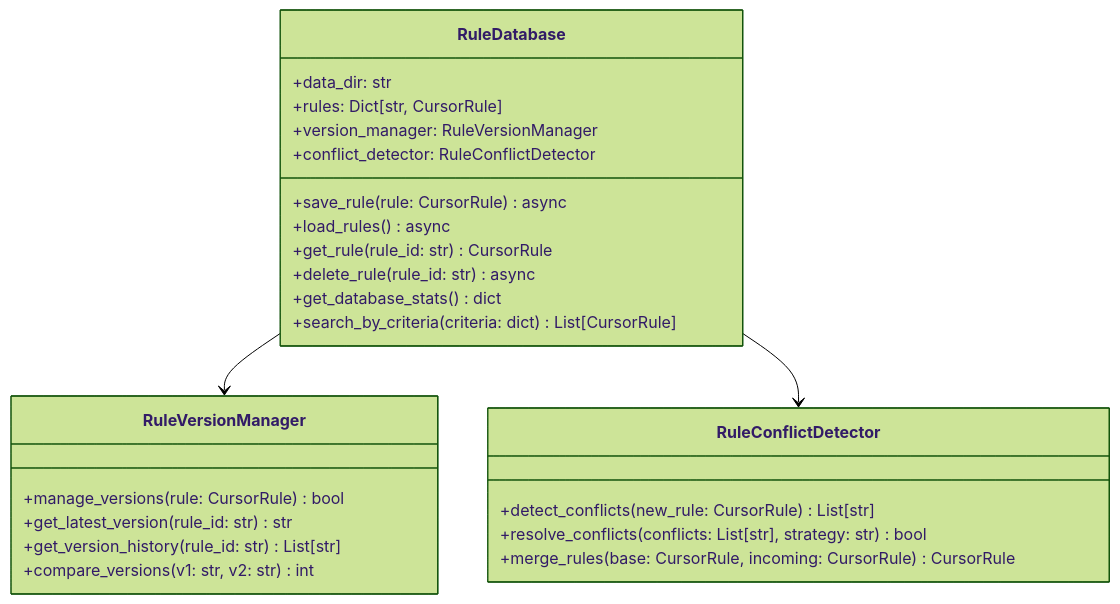
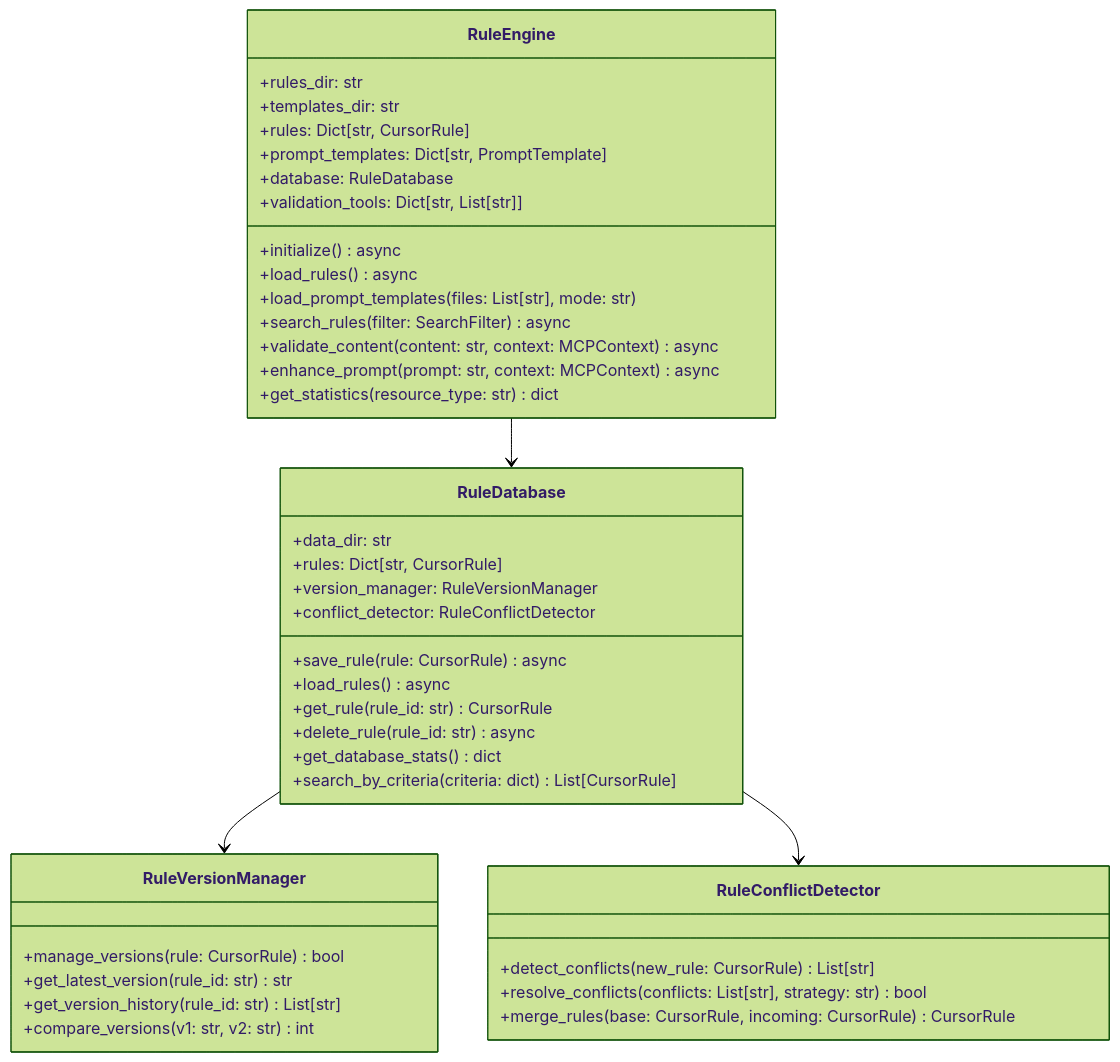
The eighth of 18 diagrams in docs/techs.md (Mapoet/cursorrules-mcp), drawn with Mermaid (forest theme) before and after one commit. The commit also changed other lines of this file and 1 other file, not shown here.

First line of the commit message:
Enhance README.md and tech documentation with detailed feature descriptions

````diff
--- a/docs/techs.md
+++ b/docs/techs.md
@@ -421,32 +458,50 @@
 ```mermaid
 classDiagram
+    class RuleEngine {
+        +rules_dir: str
+        +templates_dir: str
+        +rules: Dict[str, CursorRule]
+        +prompt_templates: Dict[str, PromptTemplate]
+        +database: RuleDatabase
+        +validation_tools: Dict[str, List[str]]
+        
+        +initialize() async
+        +load_rules() async
+        +load_prompt_templates(files: List[str], mode: str)
+        +search_rules(filter: SearchFilter) async
+        +validate_content(content: str, context: MCPContext) async
+        +enhance_prompt(prompt: str, context: MCPContext) async
+        +get_statistics(resource_type: str) dict
+    }
+    
     class RuleDatabase {
         +data_dir: str
         +rules: Dict[str, CursorRule]
         +version_manager: RuleVersionManager
         +conflict_detector: RuleConflictDetector
         
         +save_rule(rule: CursorRule) async
         +load_rules() async
         +get_rule(rule_id: str) CursorRule
         +delete_rule(rule_id: str) async
         +get_database_stats() dict
         +search_by_criteria(criteria: dict) List[CursorRule]
     }
     
     class RuleVersionManager {
         +manage_versions(rule: CursorRule) bool
         +get_latest_version(rule_id: str) str
         +get_version_history(rule_id: str) List[str]
         +compare_versions(v1: str, v2: str) int
     }
     
     class RuleConflictDetector {
         +detect_conflicts(new_rule: CursorRule) List[str]
         +resolve_conflicts(conflicts: List[str], strategy: str) bool
         +merge_rules(base: CursorRule, incoming: CursorRule) CursorRule
     }
     
+    RuleEngine --> RuleDatabase
     RuleDatabase --> RuleVersionManager
     RuleDatabase --> RuleConflictDetector
 ```
````
